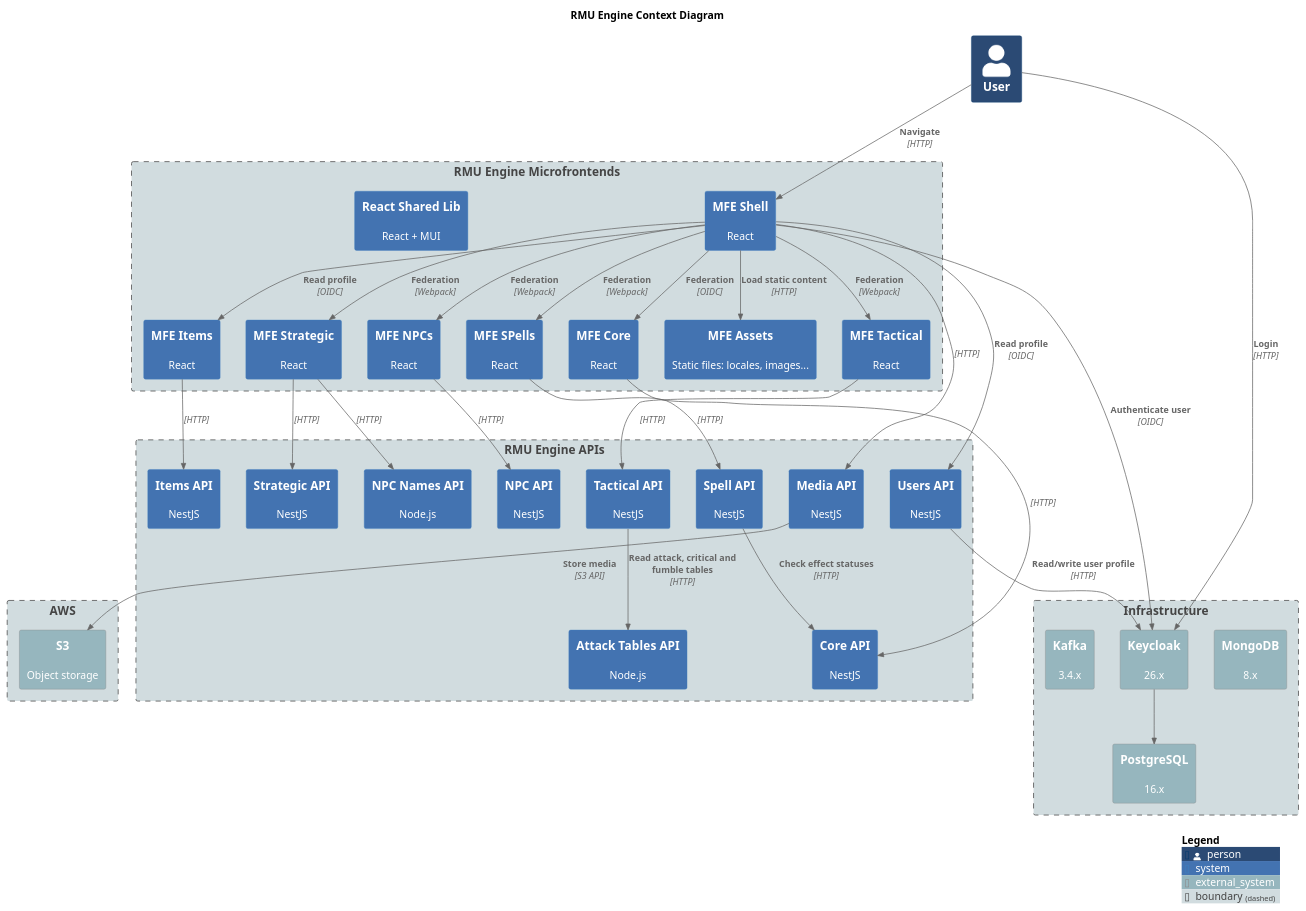
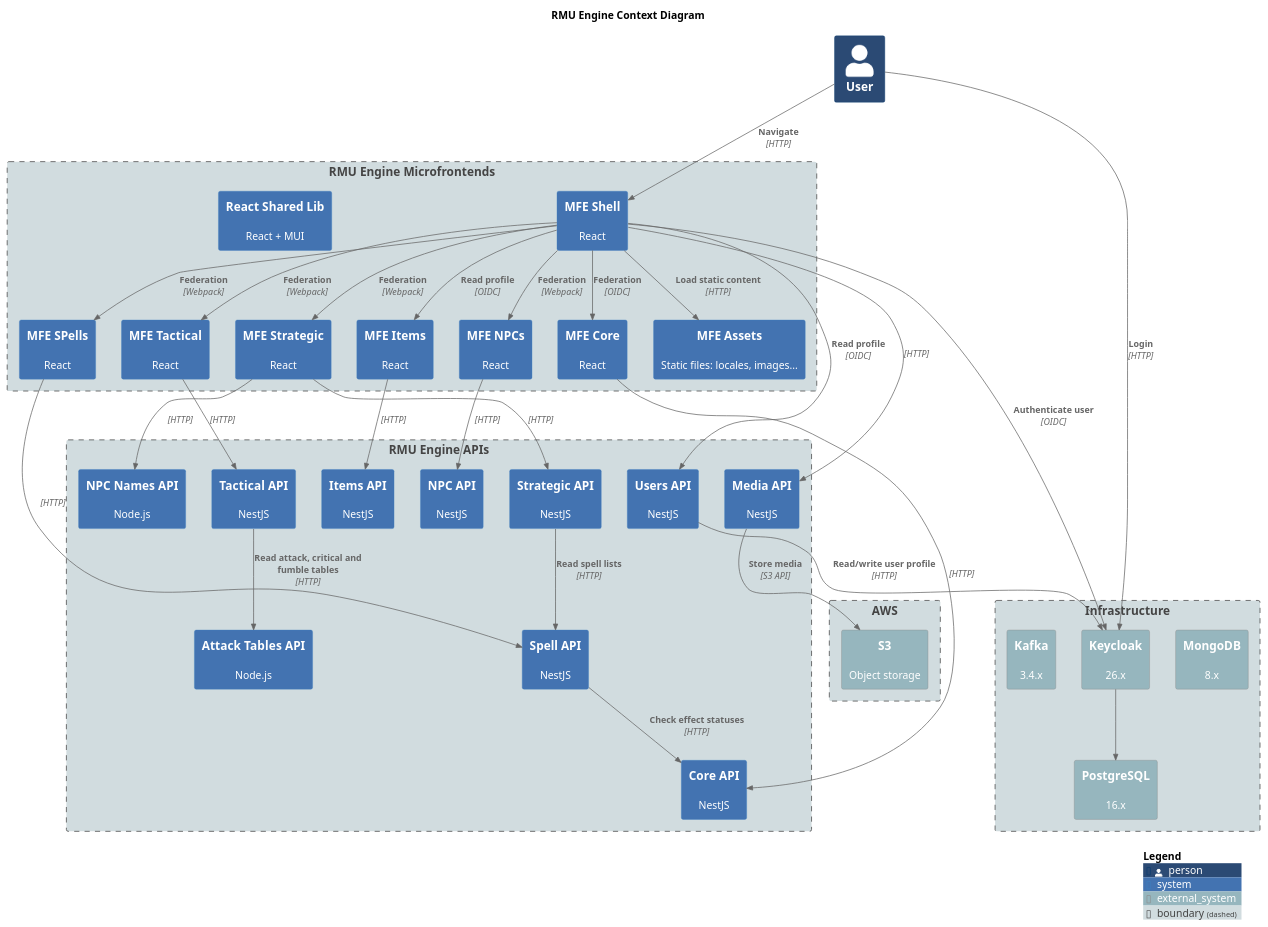
One commit to labcabrera/rmu-platform changed the diagram in docs/architecture/diagrams/c4-context.plantuml. Above: the diagram before and after it, drawn with PlantUML. The commit also changed 1 other file, not shown here.

Commit message:
feat(compose): rmu-api-strategic reads spell lists from rmu-api-spells (spec 029)

```diff
--- a/docs/architecture/diagrams/c4-context.plantuml
+++ b/docs/architecture/diagrams/c4-context.plantuml
@@ -1,92 +1,93 @@
 @startuml c4-context
 title RMU Engine Context Diagram
 
 !include https://raw.githubusercontent.com/plantuml-stdlib/C4-PlantUML/master/C4_Context.puml
 
 ' LAYOUT_LEFT_RIGHT()
 
 UpdateElementStyle(person, $bgColor="#2b4a74ff")
 UpdateElementStyle(system, $bgColor="#4373b1ff")
 UpdateElementStyle(external_system, $bgColor="#96b6beff")
 UpdateElementStyle(boundary, $bgColor="#d1dcdfff")
 
 Person(user, "User")
 
 Boundary(frontend, "RMU Engine Microfrontends") {
     System(rmu_mfe_shell, "MFE Shell", "React")
     System(rmu_mfe_core, "MFE Core", "React")
     System(rmu_mfe_strategic, "MFE Strategic", "React")
     System(rmu_mfe_tactical, "MFE Tactical", "React")
     System(rmu_mfe_items, "MFE Items", "React")
     System(rmu_mfe_npc, "MFE NPCs", "React")
     System(rmu_mfe_spells, "MFE SPells", "React")
     System(rmu_react_shared_lib, "React Shared Lib", "React + MUI")
     System(rmu_mfe_assets, "MFE Assets", "Static files: locales, images...")
 }
 
 Boundary(apis, "RMU Engine APIs") {
     System(rmu_api_users, "Users API", "NestJS")
     System(rmu_api_core, "Core API", "NestJS")
     System(rmu_api_strategic, "Strategic API", "NestJS")
     System(rmu_api_tactical, "Tactical API", "NestJS")
     System(rmu_api_npc, "NPC API", "NestJS")
     System(rmu_api_npc_names, "NPC Names API", "Node.js")
     System(rmu_api_spells, "Spell API", "NestJS")
     System(rmu_api_items, "Items API", "NestJS")
     System(rmu_api_attack_tables, "Attack Tables API", "Node.js")
     System(rmu_api_media, "Media API", "NestJS")
 }
 
 Boundary(infrastructure, "Infrastructure") {
     System_Ext(mongodb, "MongoDB", "8.x")
     System_Ext(keycloak, "Keycloak", "26.x")
     System_Ext(kafka, "Kafka", "3.4.x")
     System_Ext(postgresql, "PostgreSQL", "16.x")
 }
 
 Boundary(aws, "AWS") {
     System_Ext(s3, "S3", "Object storage")
 }
 
 Rel(user, rmu_mfe_shell, "Navigate", "HTTP")
 Rel(user, keycloak, "Login", "HTTP")
 
 Rel(rmu_mfe_shell, rmu_mfe_core, "Federation", "OIDC")
 Rel(rmu_mfe_shell, rmu_mfe_strategic, "Federation", "Webpack")
 Rel(rmu_mfe_shell, rmu_mfe_tactical, "Federation", "Webpack")
 Rel(rmu_mfe_shell, rmu_mfe_items, "Read profile", "OIDC")
 Rel(rmu_mfe_shell, rmu_mfe_npc, "Federation", "Webpack")
 Rel(rmu_mfe_shell, rmu_mfe_spells, "Federation", "Webpack")
 
 Rel(rmu_mfe_shell, rmu_api_users, "Read profile", "OIDC")
 Rel(rmu_mfe_shell, keycloak, "Authenticate user", "OIDC")
 Rel(rmu_mfe_shell, rmu_mfe_assets, "Load static content", "HTTP")
 Rel(rmu_mfe_shell, rmu_api_media, "", "HTTP")
 
 Rel(rmu_mfe_core, rmu_api_core, "", "HTTP")
 
 Rel(rmu_mfe_strategic, rmu_api_strategic, "", "HTTP")
 Rel(rmu_mfe_strategic, rmu_api_npc_names, "", "HTTP")
 
 Rel(rmu_mfe_tactical, rmu_api_tactical, "", "HTTP")
 
 Rel(rmu_api_users, keycloak, "Read/write user profile", "HTTP")
 
 Rel(rmu_mfe_npc, rmu_api_npc, "", "HTTP")
 
 Rel(rmu_mfe_items, rmu_api_items, "", "HTTP")
 
 Rel(rmu_mfe_spells, rmu_api_spells, "", "HTTP")
 
 Rel(rmu_api_tactical, rmu_api_attack_tables, "Read attack, critical and fumble tables", "HTTP")
 Rel(rmu_api_spells, rmu_api_core, "Check effect statuses", "HTTP")
+Rel(rmu_api_strategic, rmu_api_spells, "Read spell lists", "HTTP")
 
 ' Attack API: no longer called by tactical since the combat plugin refactor (workspace spec 003).
 
 Rel(keycloak, postgresql, "", "")
 
 Rel(rmu_api_media, s3, "Store media", "S3 API")
 
 SHOW_LEGEND()
 
 @enduml
```
